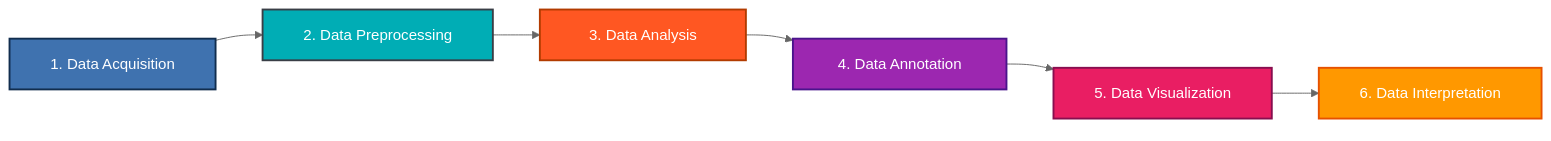
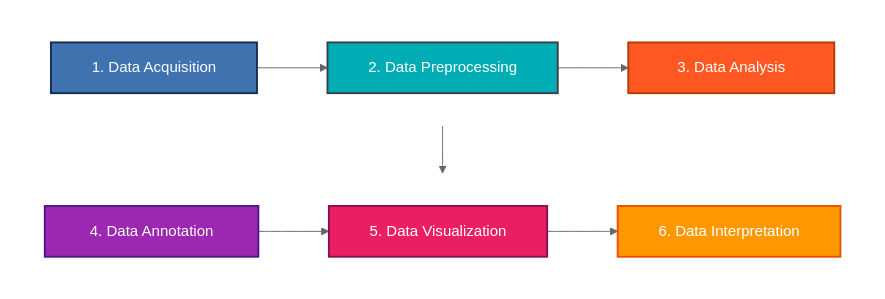
The diagram in README.md (JoseManurung/PDAC-PNI-Transcriptomics-Analysis), drawn with Mermaid (neutral theme) before and after one commit.

````diff
--- a/README.md
+++ b/README.md
@@ -85,33 +85,31 @@
 ```mermaid
-flowchart LR
-    %% Defining Nodes with Uniform HTML Spacing
-    S1["&nbsp;&nbsp; 1. Data Acquisition &nbsp;&nbsp;"]
-    S2["&nbsp;&nbsp; 2. Data Preprocessing &nbsp;&nbsp;"]
-    S3["&nbsp;&nbsp;&nbsp;&nbsp; 3. Data Analysis &nbsp;&nbsp;&nbsp;&nbsp;"]
-    S4["&nbsp;&nbsp;&nbsp; 4. Data Annotation &nbsp;&nbsp;&nbsp;"]
-    S5["&nbsp;&nbsp; 5. Data Visualization &nbsp;&nbsp;"]
-    S6["&nbsp;&nbsp; 6. Data Interpretation &nbsp;&nbsp;"]
+graph TD
+    %% Top Row Group (1 -> 2 -> 3)
+    subgraph Row1 [" "]
+        direction LR
+        S1["&nbsp;&nbsp; 1. Data Acquisition &nbsp;&nbsp;"] --> S2["&nbsp;&nbsp; 2. Data Preprocessing &nbsp;&nbsp;"]
+        S2 --> S3["&nbsp;&nbsp;&nbsp;&nbsp; 3. Data Analysis &nbsp;&nbsp;&nbsp;&nbsp;"]
+    end
 
-    %% Top Row Flow (1 -> 2 -> 3)
-    S1 --> S2
-    S2 --> S3
+    %% Bottom Row Group (4 -> 5 -> 6)
+    subgraph Row2 [" "]
+        direction LR
+        S4["&nbsp;&nbsp;&nbsp; 4. Data Annotation &nbsp;&nbsp;&nbsp;"] --> S5["&nbsp;&nbsp; 5. Data Visualization &nbsp;&nbsp;"]
+        S5 --> S6["&nbsp;&nbsp; 6. Data Interpretation &nbsp;&nbsp;"]
+    end
 
-    %% Zig-Zag Connector (Loop Back from 3 down to 4)
+    %% Snake / Zig-Zag Connector (Looping from 3 down and back to 4)
     S3 --> S4
-
-    %% Bottom Row Flow (4 -> 5 -> 6)
-    S4 --> S5
-    S5 --> S6
-
-    %% Invisible Structural Constraints to Force 2-Row Alignment Grid
-    S1 ~~~ S4
-    S2 ~~~ S5
 
     %% Custom Color Palette & Aesthetics
     style S1 fill:#3f72af,color:#fff,stroke:#112d4e,stroke-width:2px
     style S2 fill:#00adb5,color:#fff,stroke:#393e46,stroke-width:2px
     style S3 fill:#ff5722,color:#fff,stroke:#b23b00,stroke-width:2px
     style S4 fill:#9c27b0,color:#fff,stroke:#4a148c,stroke-width:2px
     style S5 fill:#e91e63,color:#fff,stroke:#880e4f,stroke-width:2px
     style S6 fill:#ff9800,color:#fff,stroke:#e65100,stroke-width:2px
+
+    %% Hide Subgraph Borders for Clean Multi-Row Layout
+    style Row1 fill:transparent,stroke:none
+    style Row2 fill:transparent,stroke:none
 ```
````
